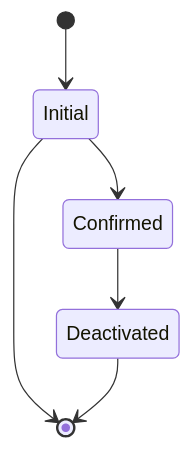
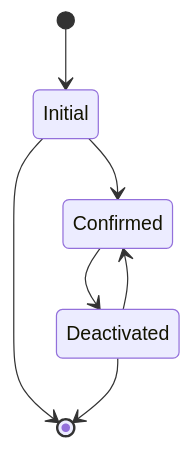
One commit to Gabirojas1/AplicacionesDistributivasBackEndTPO changed the second of 3 diagrams in README.md. Above: the diagram before and after it, drawn with Mermaid. The commit also changed other lines of this file, not shown here.

````diff
--- a/README.md
+++ b/README.md
@@ -115,8 +117,9 @@
 ```mermaid
 stateDiagram-v2
 [*] --> Initial
 Initial --> Confirmed
 Confirmed --> Deactivated
+Deactivated --> Confirmed
 Initial --> [*]
 Deactivated --> [*]
 ```
````
